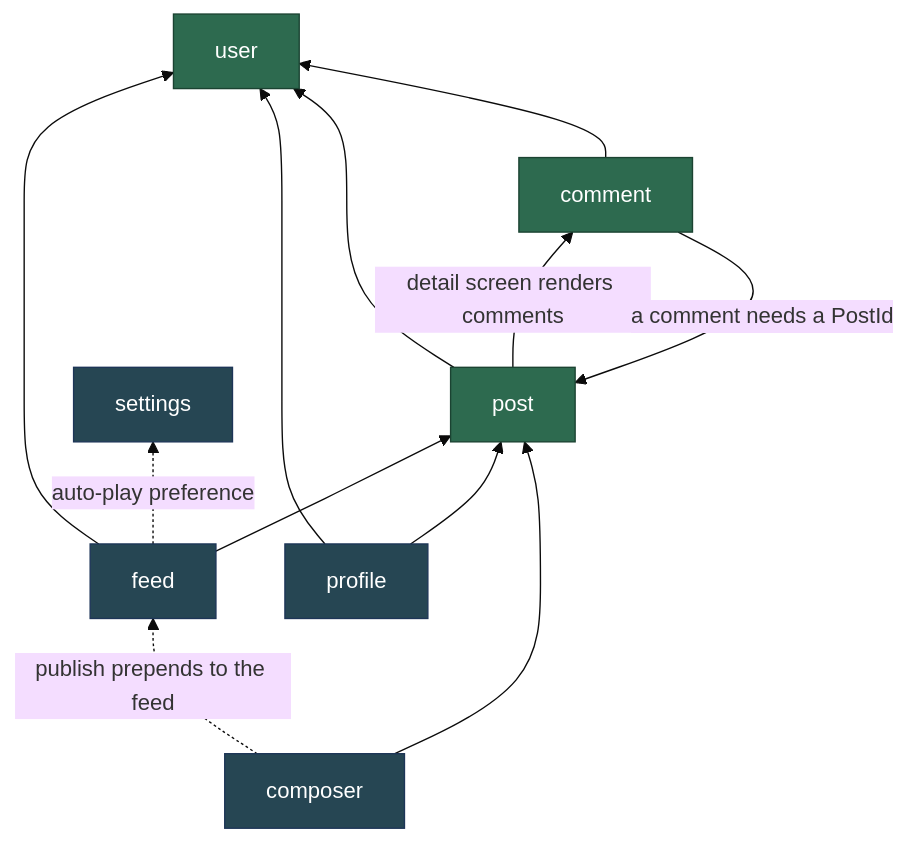
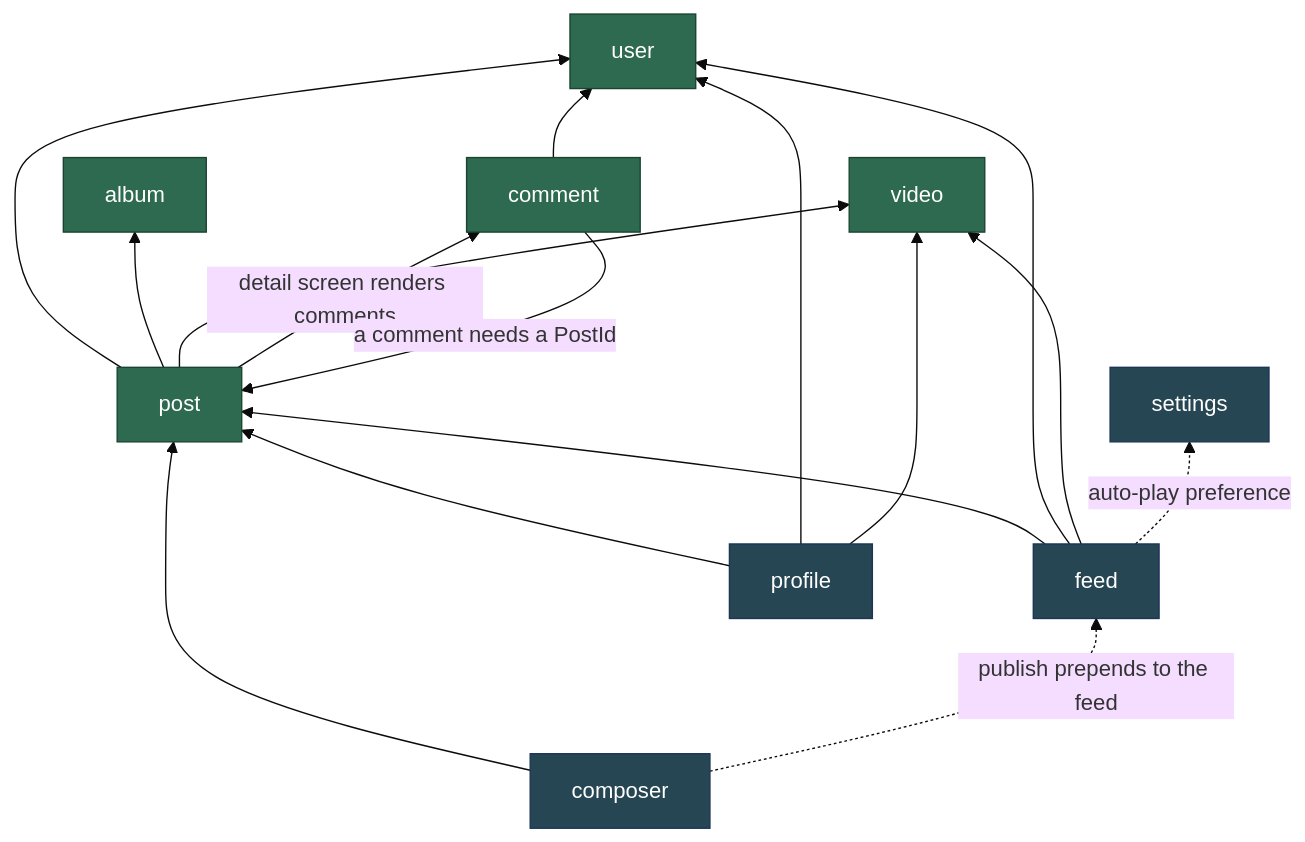
Before and after one commit to Benjiko99/android-sample-compose: the first of 3 diagrams in README.md, drawn with Mermaid (base theme). The commit also changed other lines of this file, not shown here.

````diff
--- a/README.md
+++ b/README.md
@@ -34,19 +41,23 @@
 ```mermaid
 graph BT
     feed --> post
     feed --> user
+    feed --> video
     feed -.->|auto-play preference| settings
     profile --> post
     profile --> user
+    profile --> video
     composer --> post
     composer -.->|publish prepends to the feed| feed
     post --> user
+    post --> album
+    post --> video
     comment --> user
     post -->|detail screen renders comments| comment
     comment -->|a comment needs a PostId| post
 
     classDef agg fill:#2d6a4f,stroke:#1b4332,color:#fff
     classDef rm fill:#264653,stroke:#1d3557,color:#fff
-    class post,user,comment agg
+    class post,user,comment,album,video agg
     class feed,profile,composer,settings rm
 ```
````
